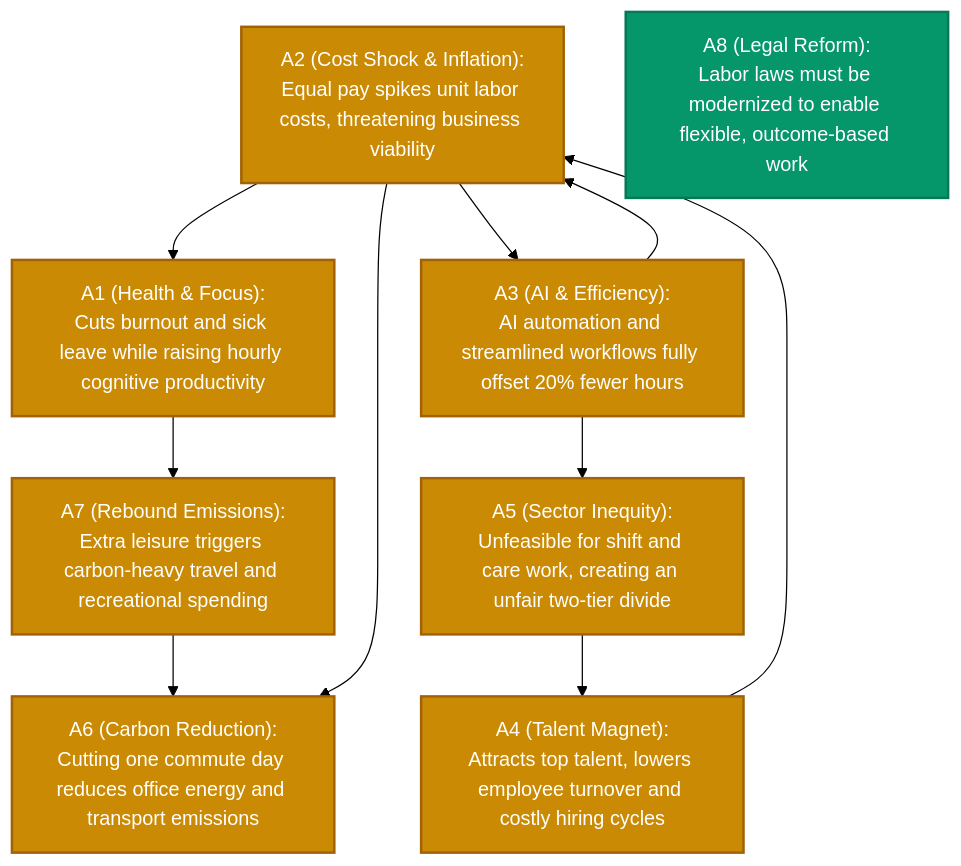
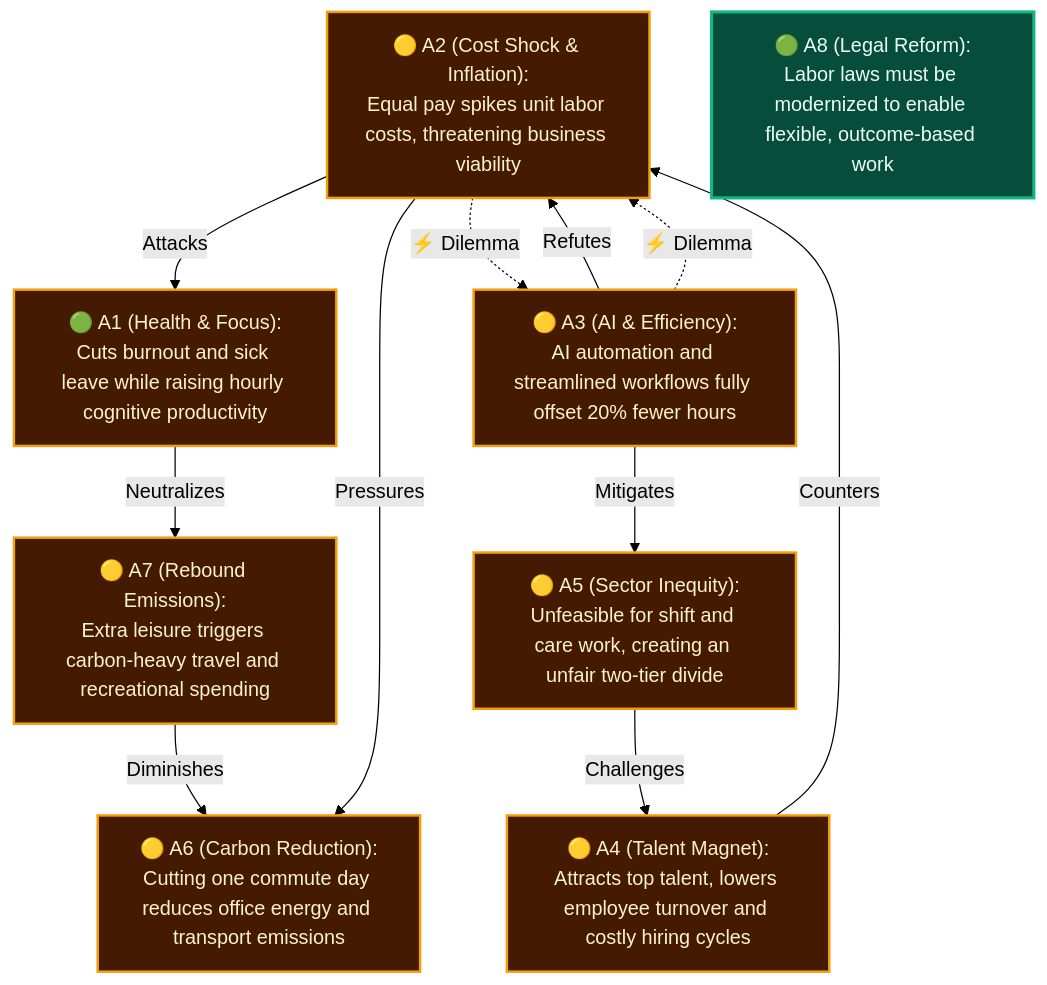
One commit to jsprado/clashpy changed the diagram in README.md. Above: the diagram before and after it, drawn with Mermaid (forest theme). The commit also changed other lines of this file, not shown here.

Commit message:
docs: enhance visual badges, status pills, and color-coded Mermaid legend in README

````diff
--- a/README.md
+++ b/README.md
@@ -289,24 +302,26 @@
 ```mermaid
 graph TD
-    classDef core fill:#059669,stroke:#047857,stroke-width:2px,color:#fff;
-    classDef contested fill:#ca8a04,stroke:#a16207,stroke-width:2px,color:#fff;
+    classDef core fill:#064e3b,stroke:#10b981,stroke-width:2.5px,color:#ecfdf5;
+    classDef contested fill:#451a03,stroke:#f59e0b,stroke-width:2px,color:#fef3c7;
+    classDef excluded fill:#450a0a,stroke:#ef4444,stroke-width:2px,color:#fee2e2;
     
-    A1["A1 (Health & Focus):<br/>Cuts burnout and sick leave while raising hourly cognitive productivity"]:::contested
-    A2["A2 (Cost Shock & Inflation):<br/>Equal pay spikes unit labor costs, threatening business viability"]:::contested
-    A3["A3 (AI & Efficiency):<br/>AI automation and streamlined workflows fully offset 20% fewer hours"]:::contested
-    A4["A4 (Talent Magnet):<br/>Attracts top talent, lowers employee turnover and costly hiring cycles"]:::contested
-    A5["A5 (Sector Inequity):<br/>Unfeasible for shift and care work, creating an unfair two-tier divide"]:::contested
-    A6["A6 (Carbon Reduction):<br/>Cutting one commute day reduces office energy and transport emissions"]:::contested
-    A7["A7 (Rebound Emissions):<br/>Extra leisure triggers carbon-heavy travel and recreational spending"]:::contested
-    A8["A8 (Legal Reform):<br/>Labor laws must be modernized to enable flexible, outcome-based work"]:::core
+    A1["🟢 A1 (Health & Focus):<br/>Cuts burnout and sick leave while raising hourly cognitive productivity"]:::contested
+    A2["🟡 A2 (Cost Shock & Inflation):<br/>Equal pay spikes unit labor costs, threatening business viability"]:::contested
+    A3["🟡 A3 (AI & Efficiency):<br/>AI automation and streamlined workflows fully offset 20% fewer hours"]:::contested
+    A4["🟡 A4 (Talent Magnet):<br/>Attracts top talent, lowers employee turnover and costly hiring cycles"]:::contested
+    A5["🟡 A5 (Sector Inequity):<br/>Unfeasible for shift and care work, creating an unfair two-tier divide"]:::contested
+    A6["🟡 A6 (Carbon Reduction):<br/>Cutting one commute day reduces office energy and transport emissions"]:::contested
+    A7["🟡 A7 (Rebound Emissions):<br/>Extra leisure triggers carbon-heavy travel and recreational spending"]:::contested
+    A8["🟢 A8 (Legal Reform):<br/>Labor laws must be modernized to enable flexible, outcome-based work"]:::core
 
-    A2 --> A1
-    A3 --> A2
-    A2 --> A3
-    A4 --> A2
-    A5 --> A4
-    A3 --> A5
-    A7 --> A6
-    A1 --> A7
-    A2 --> A6
+    A2 -->|Attacks| A1
+    A3 -->|Refutes| A2
+    A2 -.->|⚡ Dilemma| A3
+    A3 -.->|⚡ Dilemma| A2
+    A4 -->|Counters| A2
+    A5 -->|Challenges| A4
+    A3 -->|Mitigates| A5
+    A7 -->|Diminishes| A6
+    A1 -->|Neutralizes| A7
+    A2 -->|Pressures| A6
 ```
````
